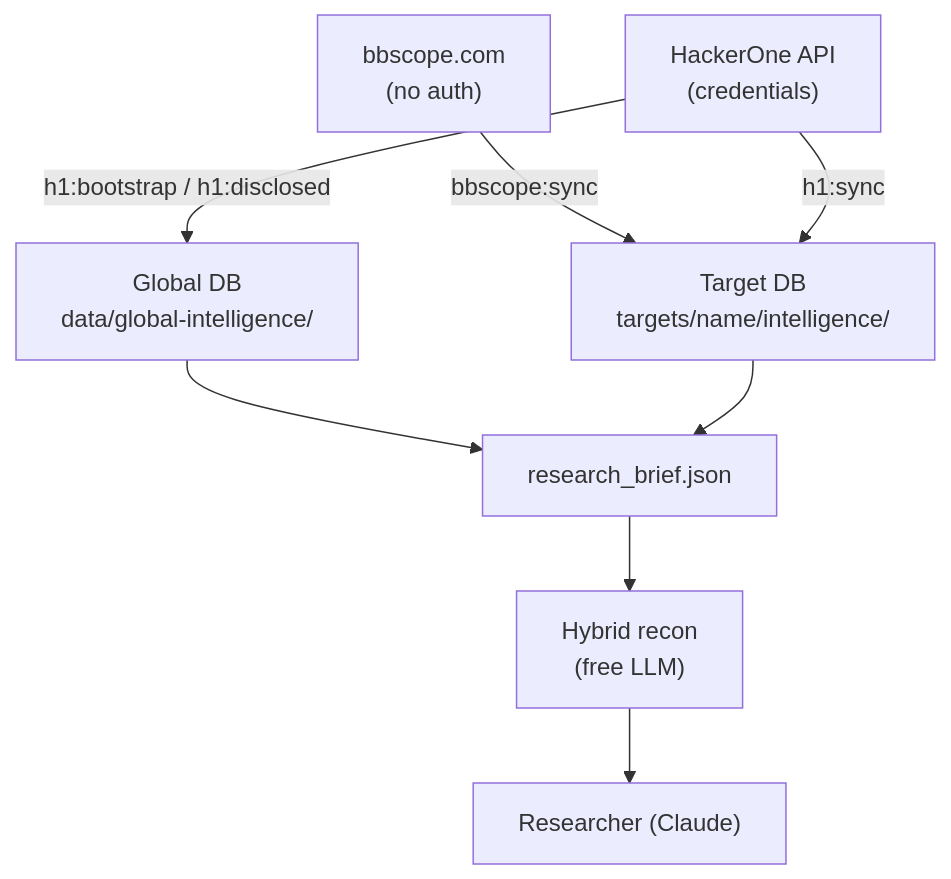
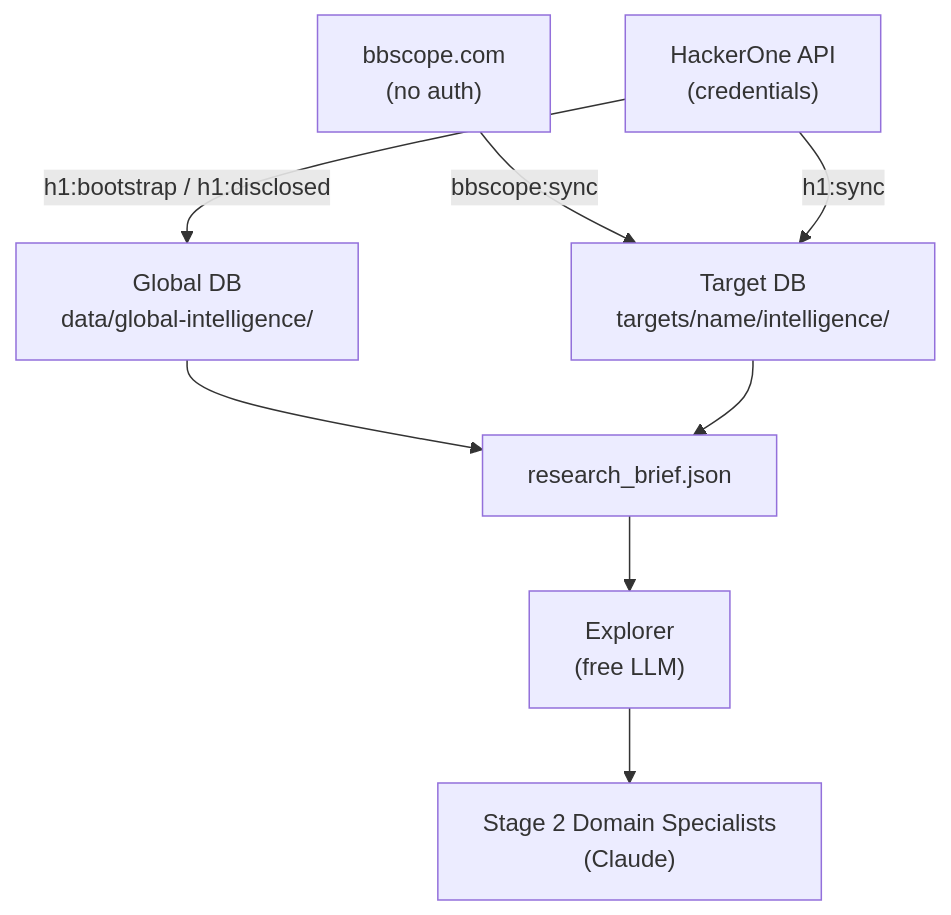
Before and after one commit to xlocux/Agentic-BugBounty: the second of 3 diagrams in docs/GUIDE.md, drawn with Mermaid. The commit also changed other lines of this file and 1 other file, not shown here.

First line of the commit message:
docs: align README and GUIDE with v2 pipeline architecture

````diff
--- a/docs/GUIDE.md
+++ b/docs/GUIDE.md
@@ -428,18 +665,18 @@
 ```mermaid
 flowchart TD
     BBSCOPE["bbscope.com\n(no auth)"]
     H1API["HackerOne API\n(credentials)"]
     GDB["Global DB\ndata/global-intelligence/"]
     LDB["Target DB\ntargets/name/intelligence/"]
     BRIEF["research_brief.json"]
-    HR["Hybrid recon\n(free LLM)"]
-    R["Researcher (Claude)"]
+    EX["Explorer\n(free LLM)"]
+    R["Stage 2 Domain Specialists\n(Claude)"]
 
     BBSCOPE -- "bbscope:sync" --> LDB
     H1API -- "h1:bootstrap / h1:disclosed" --> GDB
     H1API -- "h1:sync" --> LDB
     GDB --> BRIEF
     LDB --> BRIEF
-    BRIEF --> HR
-    HR --> R
+    BRIEF --> EX
+    EX --> R
 ```
````
